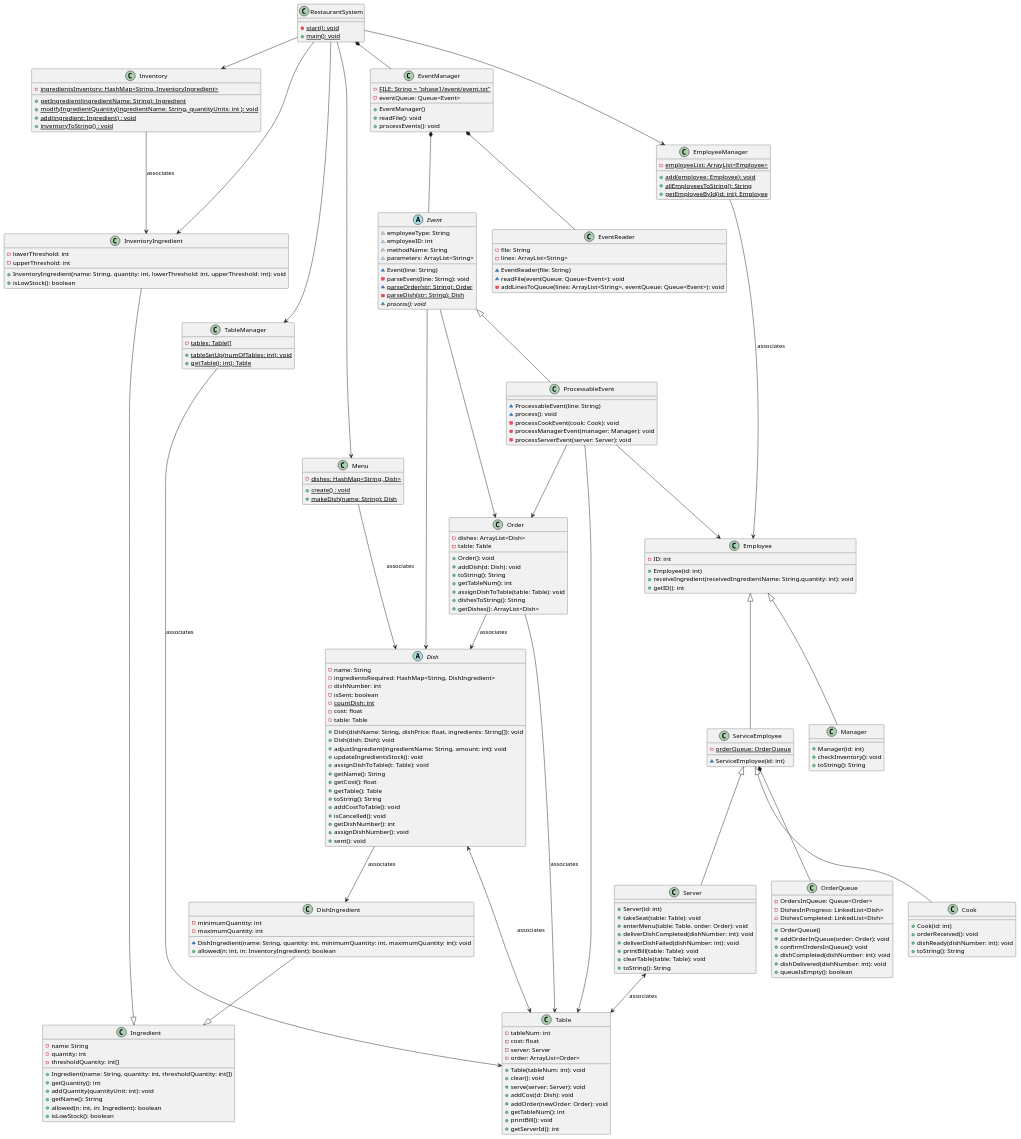
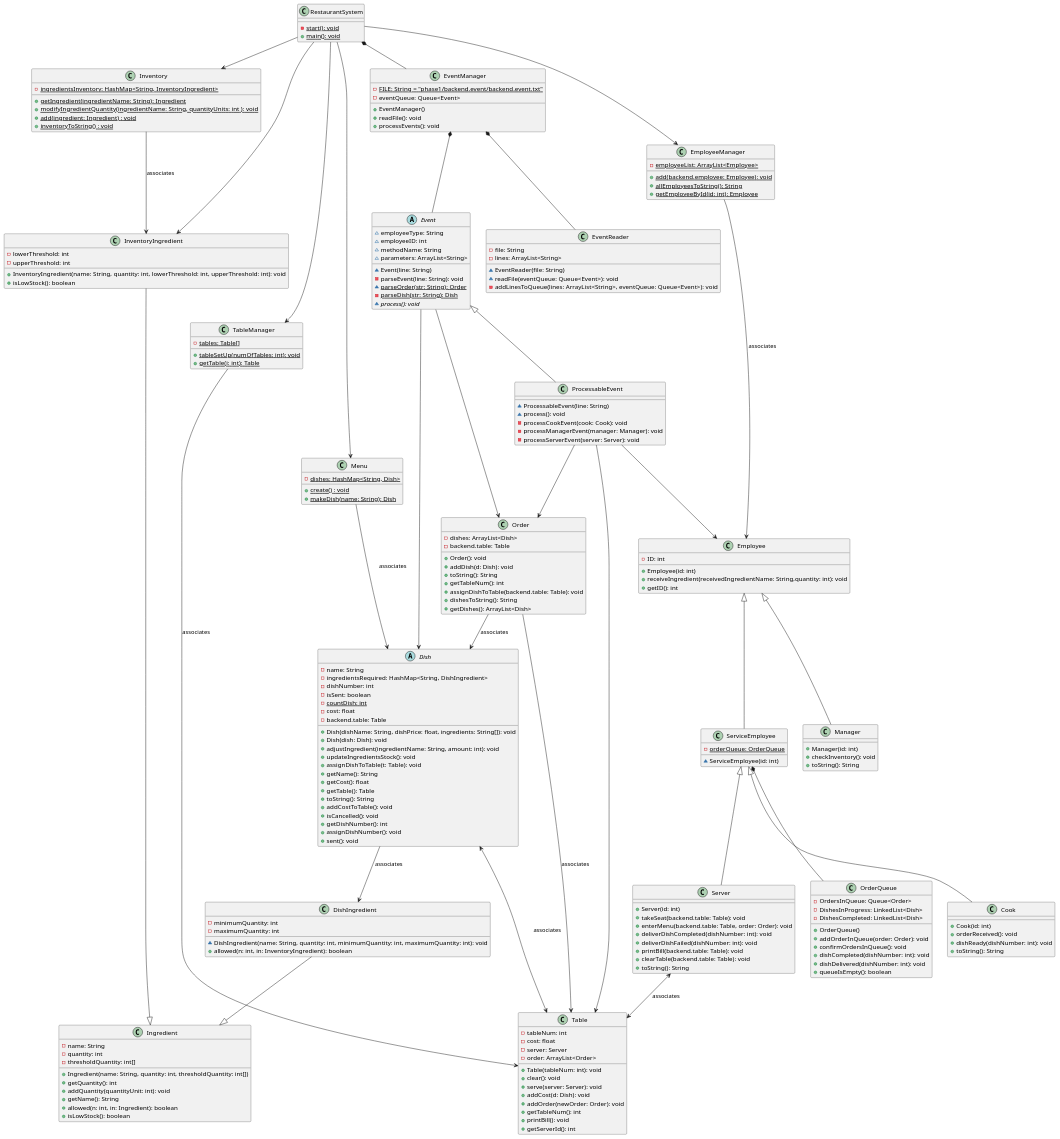
Before and after one commit to billangli/RestaurantSystem: the diagram in phase1/etc/phase1uml.puml, drawn with PlantUML. The commit also changed 71 other files, not shown here.

```diff
--- a/phase1/etc/phase1uml.puml
+++ b/phase1/etc/phase1uml.puml
@@ -1,7 +1,7 @@
 @startuml
 class EmployeeManager{
 - {static} employeeList: ArrayList<Employee>
-+ {static} add(employee: Employee): void
++ {static} add(backend.employee: Employee): void
 + {static} allEmployeesToString(): String
 + {static} getEmployeeById(id: int): Employee
 }
@@ -29,12 +29,12 @@
 }
 class Server{
 + Server(id: int)
-+ takeSeat(table: Table): void
-+ enterMenu(table: Table, order: Order): void
++ takeSeat(backend.table: Table): void
++ enterMenu(backend.table: Table, order: Order): void
 + deliverDishCompleted(dishNumber: int): void
 + deliverDishFailed(dishNumber: int): void
-+ printBill(table: Table): void
-+ clearTable(table: Table): void
++ printBill(backend.table: Table): void
++ clearTable(backend.table: Table): void
 + toString(): String
 }
 class Cook{
@@ -81,12 +81,12 @@
 
 class Order{
 - dishes: ArrayList<Dish>
-- table: Table
+- backend.table: Table
 + Order(): void
 + addDish(d: Dish): void
 + toString(): String
 + getTableNum(): int
-+ assignDishToTable(table: Table): void
++ assignDishToTable(backend.table: Table): void
 + dishesToString(): String
 + getDishes(): ArrayList<Dish>
 }
@@ -112,7 +112,7 @@
 - isSent: boolean
 - {static} countDish: int
 - cost: float
-- table: Table
+- backend.table: Table
 + Dish(dishName: String, dishPrice: float, ingredients: String[]): void
 + Dish(dish: Dish): void
 + adjustIngredient(ingredientName: String, amount: int): void
@@ -179,7 +179,7 @@
 }
 
 class EventManager{
-- {static} FILE: String = "phase1/event/event.txt"
+- {static} FILE: String = "phase1/backend.event/backend.event.txt"
 - eventQueue: Queue<Event>
 + EventManager()
 + readFile(): void
```
